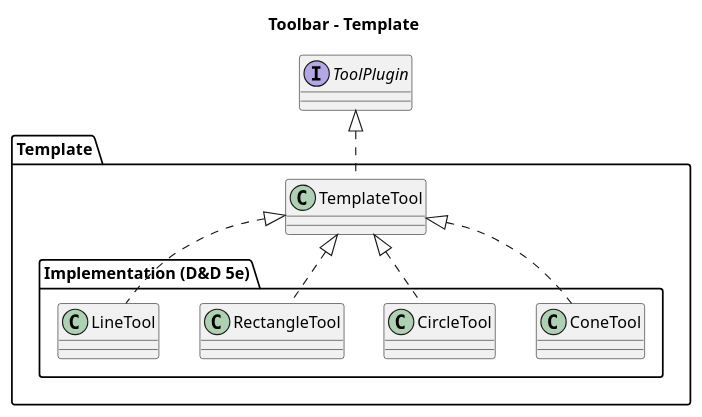
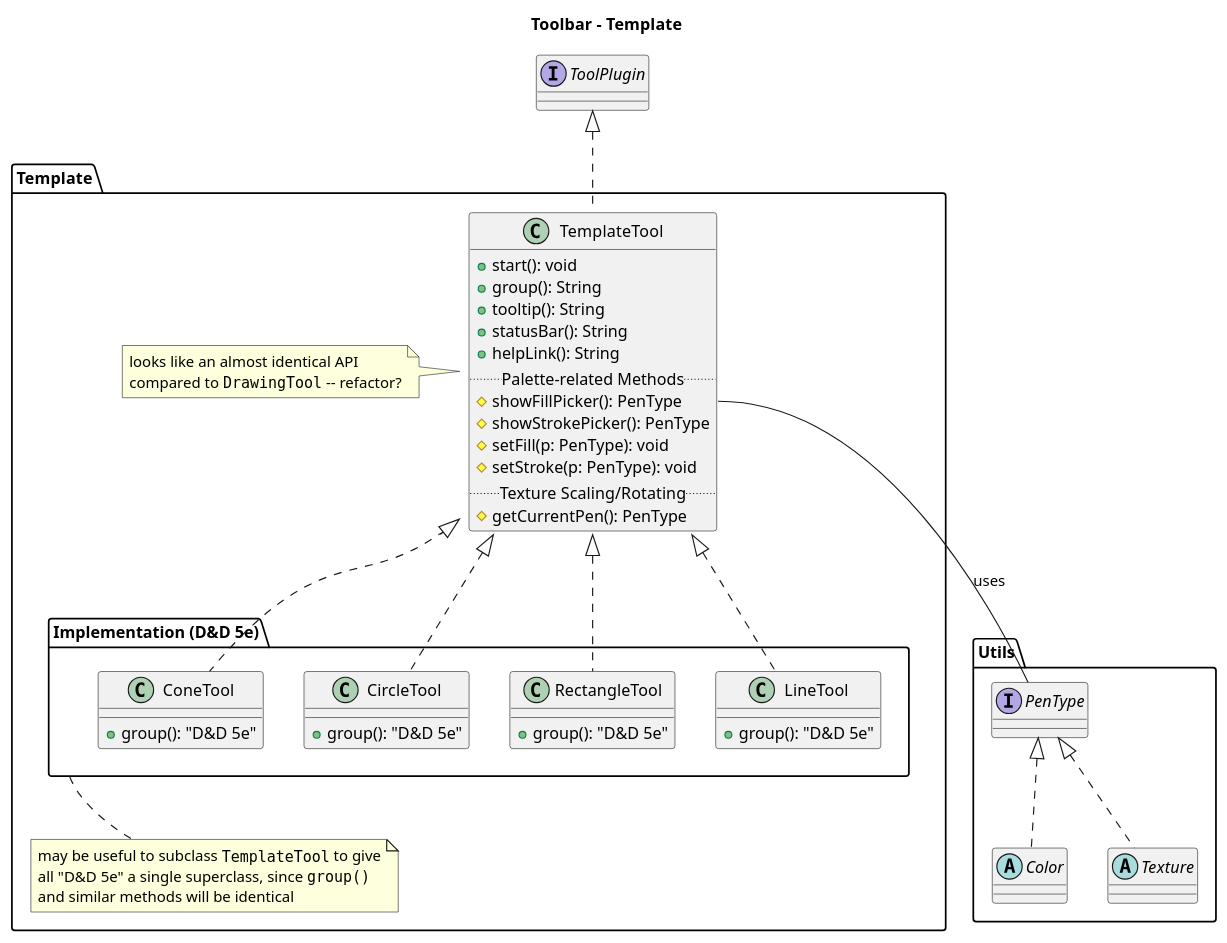
Before and after one commit to Azhrei/toolbar-design: the third of 3 diagrams in Tools.adoc, drawn with PlantUML. The commit also changed other lines of this file and 3 other files, not shown here.

```diff
--- a/Tools.adoc
+++ b/Tools.adoc
@@ -103,25 +171,60 @@
 [plantuml, toolbar-templates]
 ....
 title "Toolbar - Template"
 
 interface ToolPlugin
 
+package Utils {
+    interface PenType
+    abstract class Color implements PenType
+    abstract class Texture implements PenType
+}
+
 package Template {
     class TemplateTool implements .ToolPlugin {
+        +start(): void
+        +group(): String
+        +tooltip(): String
+        +statusBar(): String
+        +helpLink(): String
+        ..Palette-related Methods..
+        #showFillPicker(): PenType
+        #showStrokePicker(): PenType
+        #setFill(p: PenType): void
+        #setStroke(p: PenType): void
+        ..Texture Scaling/Rotating..
+        #getCurrentPen(): PenType
     }
+
+    note left of TemplateTool
+      looks like an almost identical API
+      compared to ""DrawingTool"" -- refactor?
+    end note
+
+    TemplateTool::showFillPicker -- .Utils.PenType : uses
 
     package Template.Implementation as "Implementation (D&D 5e)" {
 	class ConeTool implements Template.TemplateTool {
+            +group(): "D&D 5e"
 	}
 
 	class CircleTool implements Template.TemplateTool {
+            +group(): "D&D 5e"
 	}
 
 	class RectangleTool implements Template.TemplateTool {
+            +group(): "D&D 5e"
 	}
 
 	class LineTool implements Template.TemplateTool {
+            +group(): "D&D 5e"
 	}
     }
+
+    note bottom of Template.Implementation
+      may be useful to subclass ""TemplateTool"" to give
+      all "D&D 5e" a single superclass, since ""group()""
+      and similar methods will be identical
+    end note
 }
 ....
```
